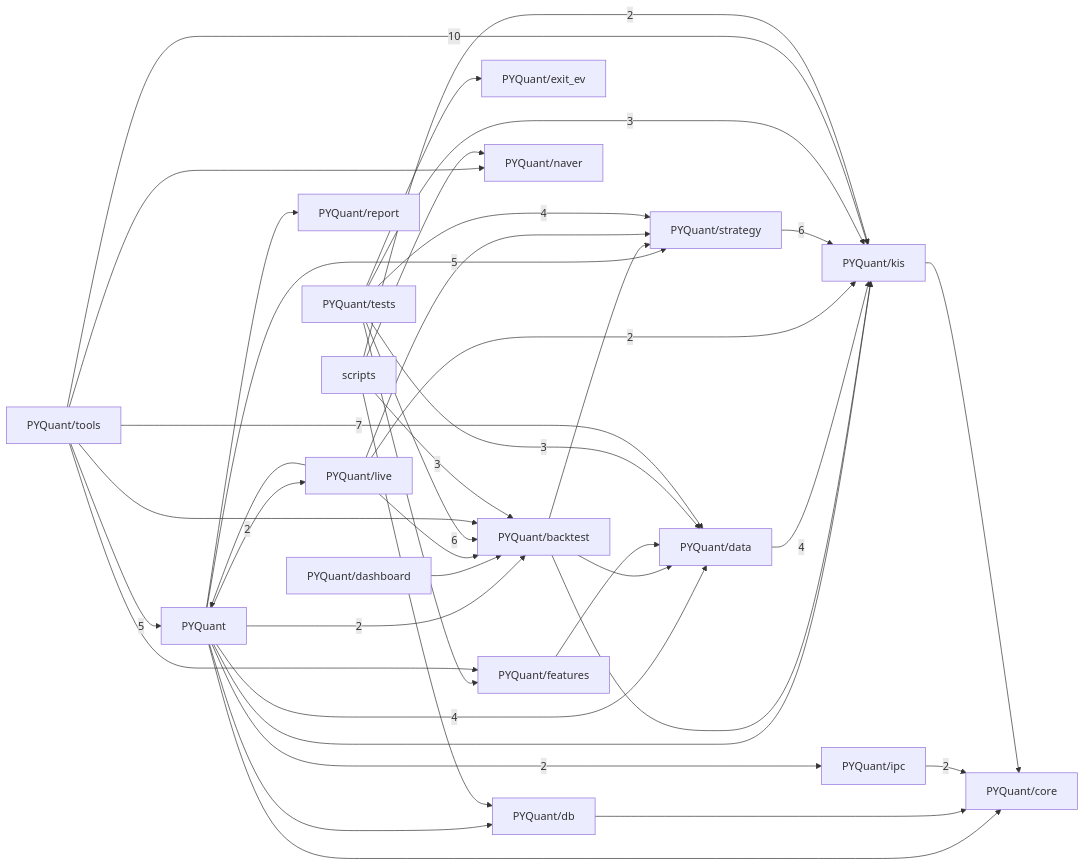
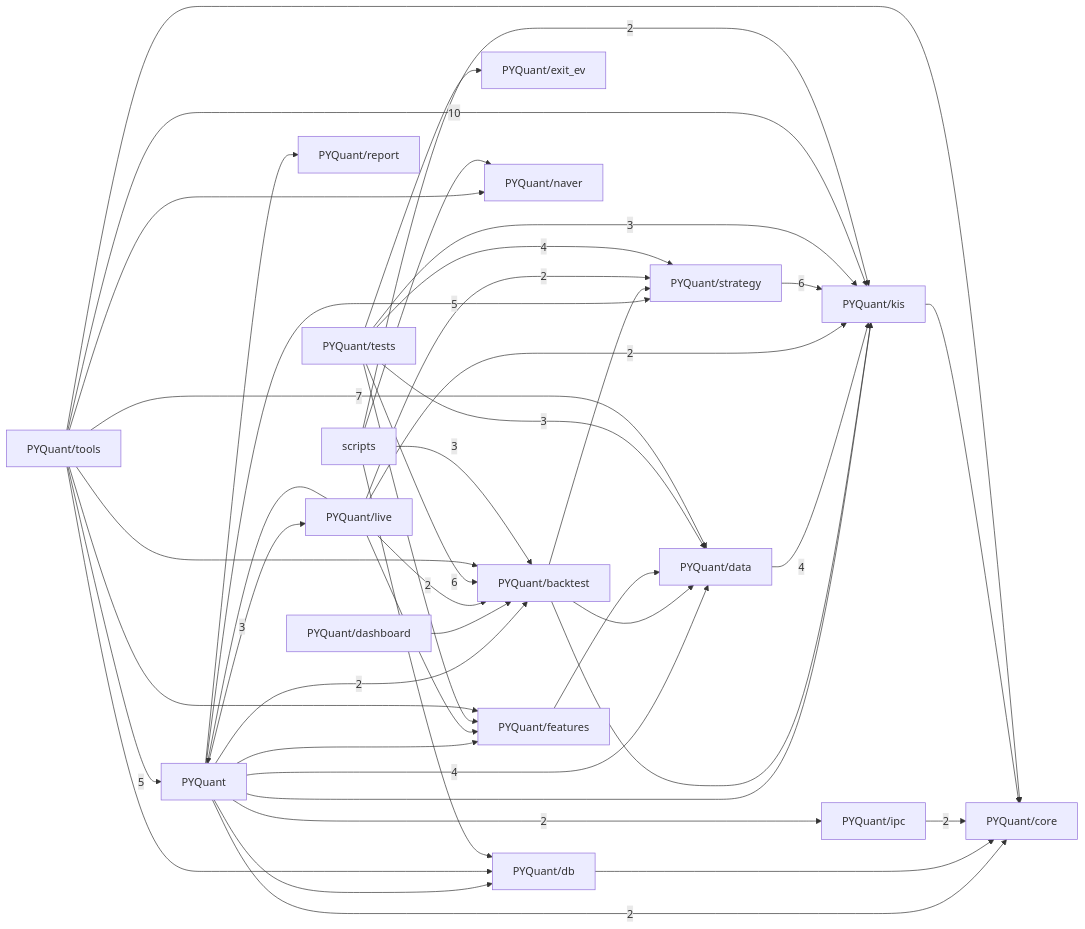
Before and after one commit to pypy8171/Quant: the third of 3 diagrams in docs/CODE_GRAPH.md, drawn with Mermaid. The commit also changed other lines of this file and 13 other files, not shown here.

````diff
--- a/docs/CODE_GRAPH.md
+++ b/docs/CODE_GRAPH.md
@@ -434,59 +435,63 @@
 ```mermaid
 graph LR
   p_PYQuant["PYQuant"]
   p_PYQuant_backtest["PYQuant/backtest"]
   p_PYQuant_core["PYQuant/core"]
   p_PYQuant_dashboard["PYQuant/dashboard"]
   p_PYQuant_data["PYQuant/data"]
   p_PYQuant_db["PYQuant/db"]
   p_PYQuant_exit_ev["PYQuant/exit_ev"]
   p_PYQuant_features["PYQuant/features"]
   p_PYQuant_ipc["PYQuant/ipc"]
   p_PYQuant_kis["PYQuant/kis"]
   p_PYQuant_live["PYQuant/live"]
   p_PYQuant_naver["PYQuant/naver"]
   p_PYQuant_report["PYQuant/report"]
   p_PYQuant_strategy["PYQuant/strategy"]
   p_PYQuant_tests["PYQuant/tests"]
   p_PYQuant_tools["PYQuant/tools"]
   p_scripts["scripts"]
   p_PYQuant -->|2| p_PYQuant_backtest
-  p_PYQuant --> p_PYQuant_core
+  p_PYQuant -->|2| p_PYQuant_core
   p_PYQuant -->|4| p_PYQuant_data
   p_PYQuant --> p_PYQuant_db
+  p_PYQuant --> p_PYQuant_features
   p_PYQuant -->|2| p_PYQuant_ipc
   p_PYQuant --> p_PYQuant_kis
-  p_PYQuant -->|2| p_PYQuant_live
+  p_PYQuant -->|3| p_PYQuant_live
   p_PYQuant --> p_PYQuant_report
   p_PYQuant -->|5| p_PYQuant_strategy
   p_PYQuant_backtest --> p_PYQuant_data
   p_PYQuant_backtest --> p_PYQuant_kis
   p_PYQuant_backtest --> p_PYQuant_strategy
   p_PYQuant_dashboard --> p_PYQuant_backtest
   p_PYQuant_data -->|4| p_PYQuant_kis
   p_PYQuant_db --> p_PYQuant_core
   p_PYQuant_features --> p_PYQuant_data
   p_PYQuant_ipc -->|2| p_PYQuant_core
   p_PYQuant_kis --> p_PYQuant_core
   p_PYQuant_live --> p_PYQuant
-  p_PYQuant_live --> p_PYQuant_backtest
+  p_PYQuant_live -->|2| p_PYQuant_backtest
+  p_PYQuant_live --> p_PYQuant_features
   p_PYQuant_live -->|2| p_PYQuant_kis
-  p_PYQuant_live --> p_PYQuant_strategy
+  p_PYQuant_live -->|2| p_PYQuant_strategy
   p_PYQuant_strategy -->|6| p_PYQuant_kis
   p_PYQuant_tests -->|6| p_PYQuant_backtest
   p_PYQuant_tests -->|3| p_PYQuant_data
   p_PYQuant_tests --> p_PYQuant_exit_ev
   p_PYQuant_tests --> p_PYQuant_features
   p_PYQuant_tests -->|3| p_PYQuant_kis
   p_PYQuant_tests -->|4| p_PYQuant_strategy
   p_PYQuant_tools -->|5| p_PYQuant
   p_PYQuant_tools --> p_PYQuant_backtest
+  p_PYQuant_tools --> p_PYQuant_core
   p_PYQuant_tools -->|7| p_PYQuant_data
+  p_PYQuant_tools --> p_PYQuant_db
   p_PYQuant_tools --> p_PYQuant_features
   p_PYQuant_tools -->|10| p_PYQuant_kis
   p_PYQuant_tools --> p_PYQuant_naver
   p_scripts -->|3| p_PYQuant_backtest
   p_scripts --> p_PYQuant_db
   p_scripts -->|2| p_PYQuant_kis
   p_scripts --> p_PYQuant_naver
 ```
````
